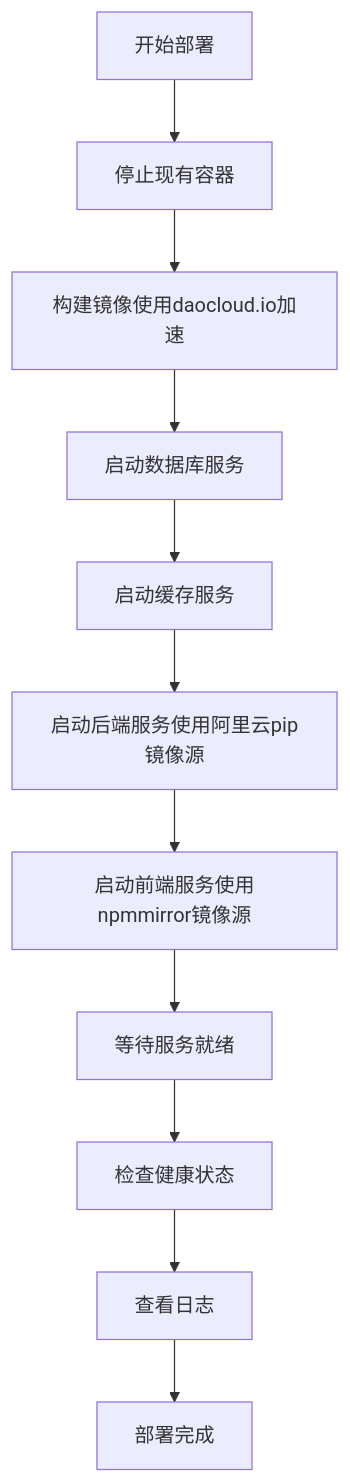
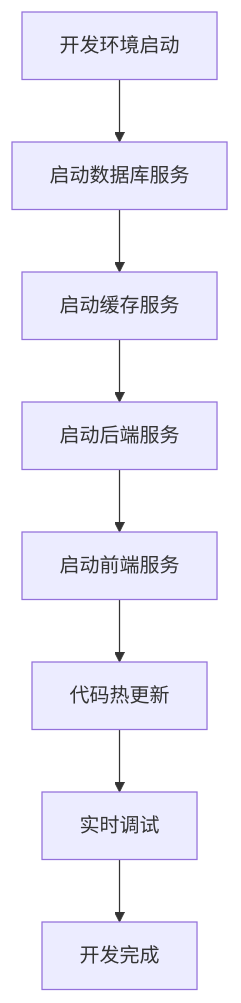
One commit to xfbyxq/ai-novel-system changed the fifth of 6 diagrams in .qoder/repowiki/zh/content/Docker Deployment.md. Above: the diagram before and after it, drawn with Mermaid. The commit also changed other lines of this file and 6 other files, not shown here.

First line of the commit message:
feat(architecture): 完善智能体系统核心组件与架构文档

````diff
--- a/.qoder/repowiki/zh/content/Docker Deployment.md
+++ b/.qoder/repowiki/zh/content/Docker Deployment.md
@@ -260,13 +271,10 @@
 ```mermaid
 flowchart TD
-A[开始部署] --> B[停止现有容器]
-B --> C[构建镜像使用daocloud.io加速]
-C --> D[启动数据库服务]
-D --> E[启动缓存服务]
-E --> F[启动后端服务使用阿里云pip镜像源]
-F --> G[启动前端服务使用npmmirror镜像源]
-G --> H[等待服务就绪]
-H --> I[检查健康状态]
-I --> J[查看日志]
-J --> K[部署完成]
+A[开发环境启动] --> B[启动数据库服务]
+B --> C[启动缓存服务]
+C --> D[启动后端服务]
+D --> E[启动前端服务]
+E --> F[代码热更新]
+F --> G[实时调试]
+G --> H[开发完成]
 ```
````
